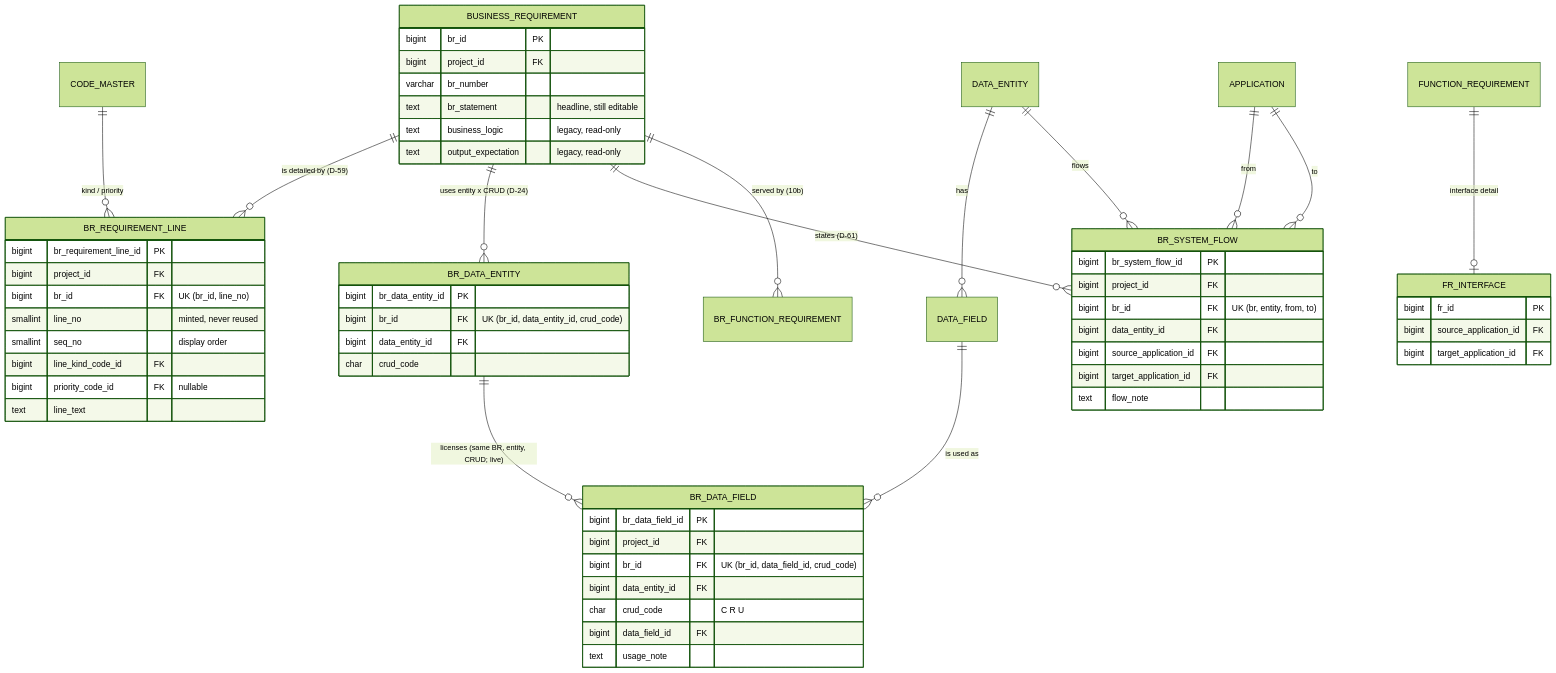
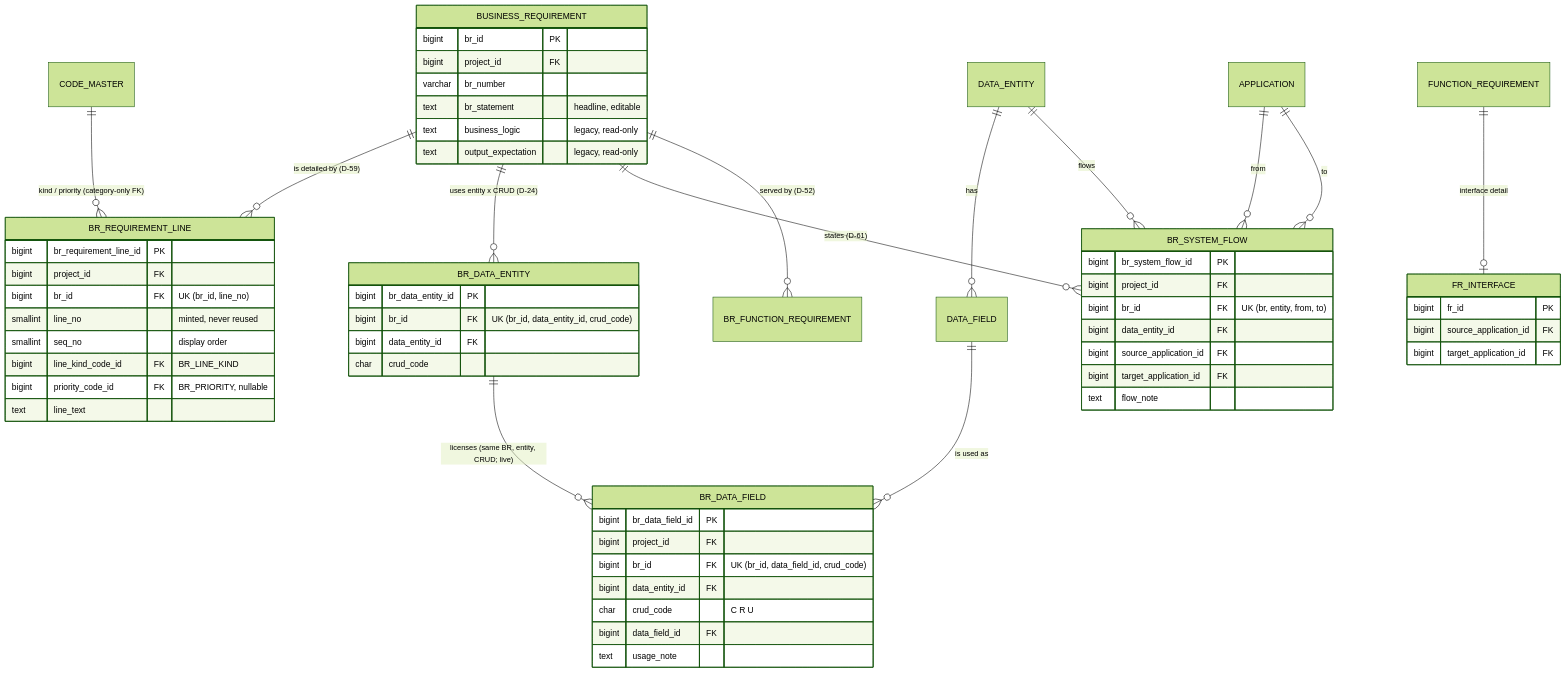
The diagram in docs/slice11_schema.md (ben-gmq/Value_Bridge), drawn with Mermaid (forest theme) before and after one commit. The commit also changed other lines of this file and 1 other file, not shown here.

Commit message:
Slice 11 schema refreshed (apple): migrations 0055–0057, hash spec 4, line kinds without behaviour codes, backfill as a seed; spec §5/§8 follow

````diff
--- a/docs/slice11_schema.md
+++ b/docs/slice11_schema.md
@@ -278,62 +334,62 @@
 ```mermaid
 erDiagram
     BUSINESS_REQUIREMENT ||--o{ BR_REQUIREMENT_LINE : "is detailed by (D-59)"
-    CODE_MASTER ||--o{ BR_REQUIREMENT_LINE : "kind / priority"
+    CODE_MASTER ||--o{ BR_REQUIREMENT_LINE : "kind / priority (category-only FK)"
     BUSINESS_REQUIREMENT ||--o{ BR_DATA_ENTITY : "uses entity x CRUD (D-24)"
     BR_DATA_ENTITY ||--o{ BR_DATA_FIELD : "licenses (same BR, entity, CRUD; live)"
     DATA_FIELD ||--o{ BR_DATA_FIELD : "is used as"
     DATA_ENTITY ||--o{ DATA_FIELD : has
     BUSINESS_REQUIREMENT ||--o{ BR_SYSTEM_FLOW : "states (D-61)"
     DATA_ENTITY ||--o{ BR_SYSTEM_FLOW : flows
     APPLICATION ||--o{ BR_SYSTEM_FLOW : "from"
     APPLICATION ||--o{ BR_SYSTEM_FLOW : "to"
-    BUSINESS_REQUIREMENT ||--o{ BR_FUNCTION_REQUIREMENT : "served by (10b)"
+    BUSINESS_REQUIREMENT ||--o{ BR_FUNCTION_REQUIREMENT : "served by (D-52)"
     FUNCTION_REQUIREMENT ||--o| FR_INTERFACE : "interface detail"
     BUSINESS_REQUIREMENT {
         bigint br_id PK
         bigint project_id FK
         varchar br_number
-        text br_statement "headline, still editable"
+        text br_statement "headline, editable"
         text business_logic "legacy, read-only"
         text output_expectation "legacy, read-only"
     }
     BR_REQUIREMENT_LINE {
         bigint br_requirement_line_id PK
         bigint project_id FK
         bigint br_id FK "UK (br_id, line_no)"
         smallint line_no "minted, never reused"
         smallint seq_no "display order"
-        bigint line_kind_code_id FK
-        bigint priority_code_id FK "nullable"
+        bigint line_kind_code_id FK "BR_LINE_KIND"
+        bigint priority_code_id FK "BR_PRIORITY, nullable"
         text line_text
     }
     BR_DATA_ENTITY {
         bigint br_data_entity_id PK
         bigint br_id FK "UK (br_id, data_entity_id, crud_code)"
         bigint data_entity_id FK
         char crud_code
     }
     BR_DATA_FIELD {
         bigint br_data_field_id PK
         bigint project_id FK
         bigint br_id FK "UK (br_id, data_field_id, crud_code)"
         bigint data_entity_id FK
         char crud_code "C R U"
         bigint data_field_id FK
         text usage_note
     }
     BR_SYSTEM_FLOW {
         bigint br_system_flow_id PK
         bigint project_id FK
         bigint br_id FK "UK (br, entity, from, to)"
         bigint data_entity_id FK
         bigint source_application_id FK
         bigint target_application_id FK
         text flow_note
     }
     FR_INTERFACE {
         bigint fr_id PK
         bigint source_application_id FK
         bigint target_application_id FK
     }
 ```
````
